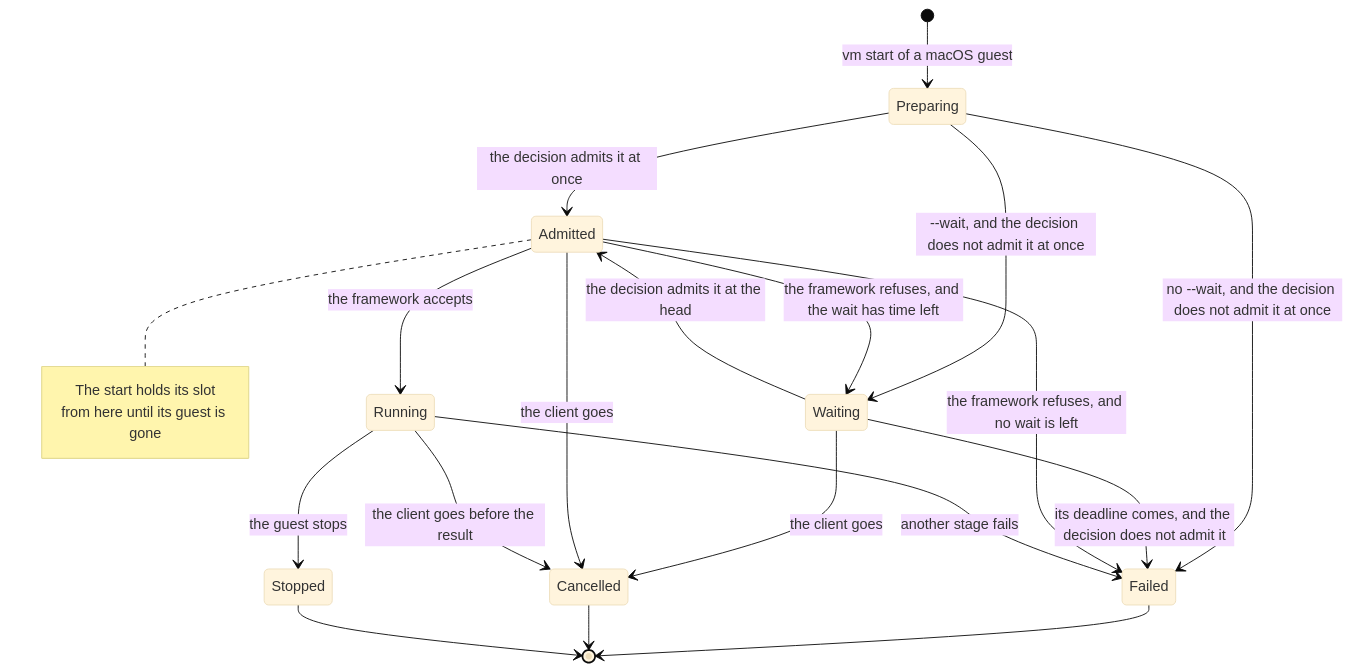
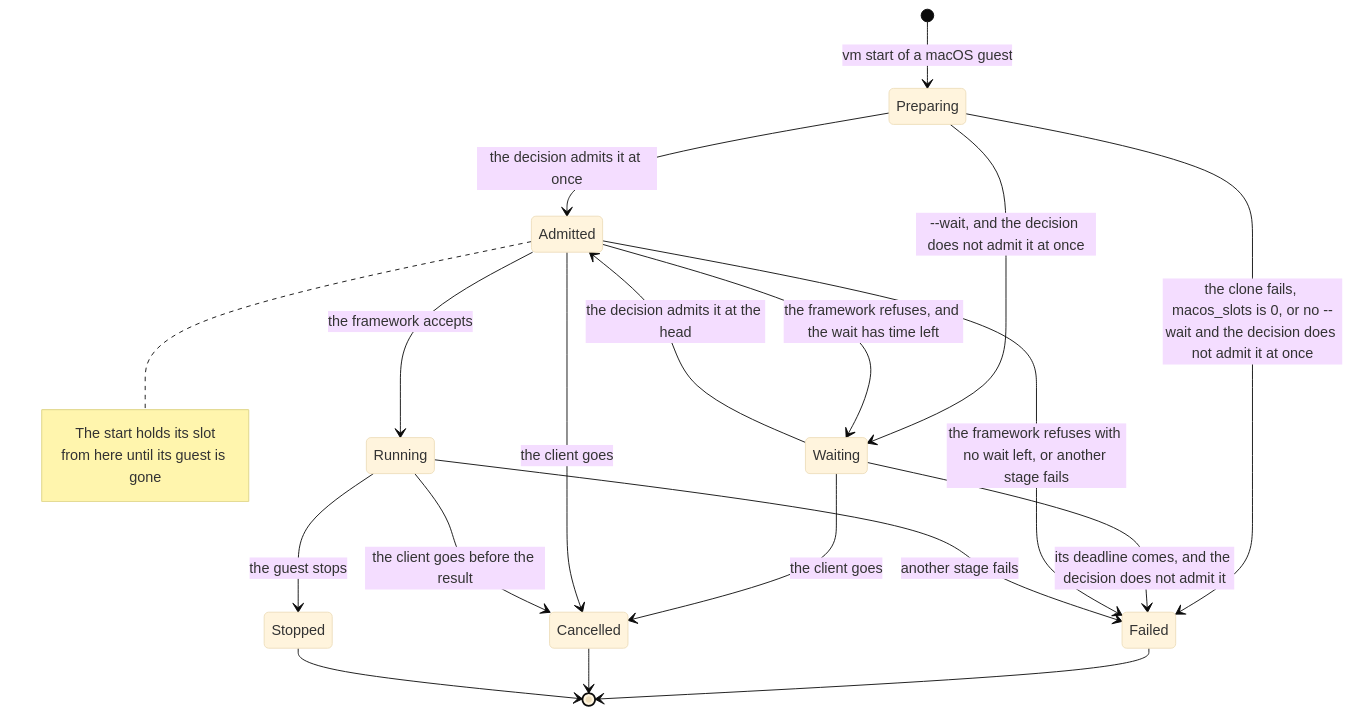
The second of 7 diagrams in docs/specs/admission-queue.md (Linkuistics/TestAnyware), drawn with Mermaid (base theme) before and after one commit. The commit also changed other lines of this file and 7 other files, not shown here.

````diff
--- a/docs/specs/admission-queue.md
+++ b/docs/specs/admission-queue.md
@@ -177,25 +178,25 @@
 ```mermaid
 stateDiagram-v2
   direction TB
   [*] --> Preparing: vm start of a macOS guest
   Preparing --> Admitted: the decision admits it at once
   Preparing --> Waiting: --wait, and the decision does not admit it at once
-  Preparing --> Failed: no --wait, and the decision does not admit it at once
+  Preparing --> Failed: the clone fails, macos_slots is 0, or no --wait and the decision does not admit it at once
   Waiting --> Admitted: the decision admits it at the head
   Waiting --> Failed: its deadline comes, and the decision does not admit it
   Waiting --> Cancelled: the client goes
   Admitted --> Running: the framework accepts
   Admitted --> Waiting: the framework refuses, and the wait has time left
-  Admitted --> Failed: the framework refuses, and no wait is left
+  Admitted --> Failed: the framework refuses with no wait left, or another stage fails
   Admitted --> Cancelled: the client goes
   Running --> Failed: another stage fails
   Running --> Cancelled: the client goes before the result
   Running --> Stopped: the guest stops
   Failed --> [*]
   Cancelled --> [*]
   Stopped --> [*]
   note right of Admitted
     The start holds its slot
     from here until its guest is gone
   end note
 ```
````
